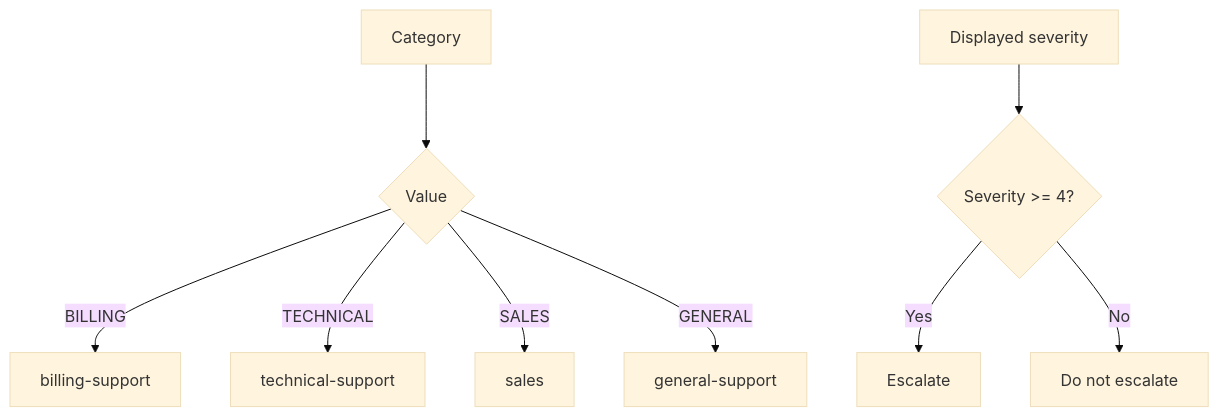
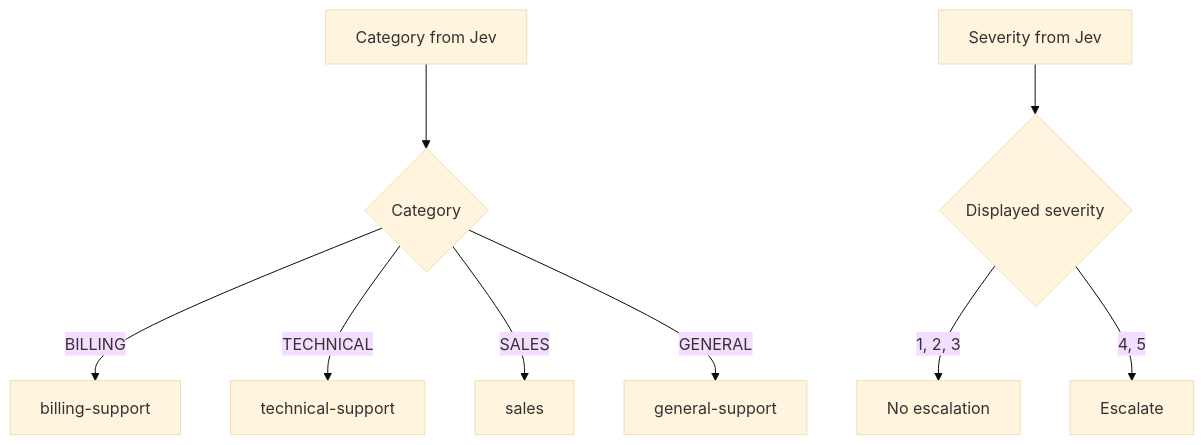
Before and after one commit to mallelamanojkumar90/JevTicket: the fourth of 9 diagrams in README.md, drawn with Mermaid (base theme). The commit also changed other lines of this file, not shown here.

Commit message:
Make README flow-focused

````diff
--- a/README.md
+++ b/README.md
@@ -58,12 +88,12 @@
 ```mermaid
 flowchart TD
-    A[Category] --> B{Value}
+    A[Category from Jev] --> B{Category}
     B -->|BILLING| C[billing-support]
     B -->|TECHNICAL| D[technical-support]
     B -->|SALES| E[sales]
     B -->|GENERAL| F[general-support]
 
-    G[Displayed severity] --> H{Severity >= 4?}
-    H -->|Yes| I[Escalate]
-    H -->|No| J[Do not escalate]
+    G[Severity from Jev] --> H{Displayed severity}
+    H -->|1, 2, 3| I[No escalation]
+    H -->|4, 5| J[Escalate]
 ```
````
